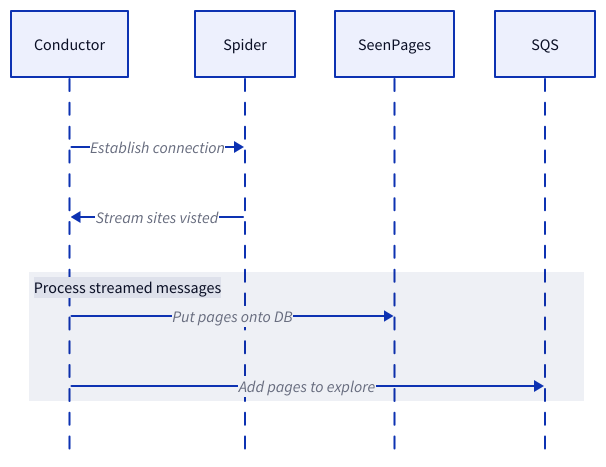
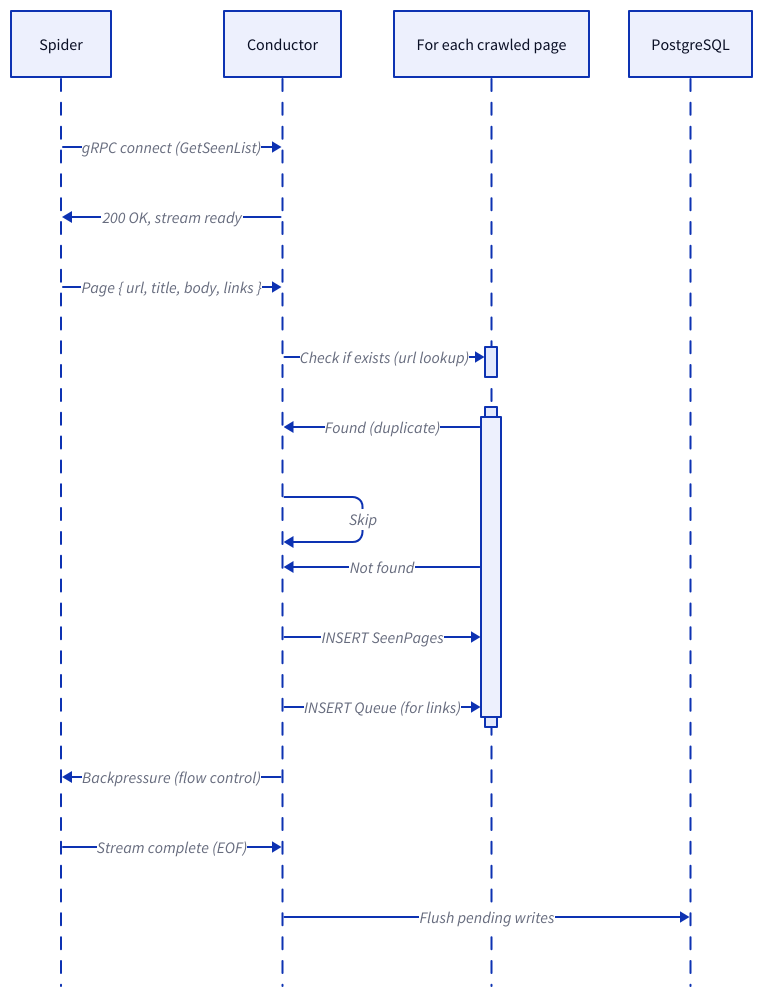
Before and after one commit to Acollie/Search-engine: the diagram in assets/diagrams/streaming.d2, drawn with D2. The commit also changed 17 other files, not shown here.

First line of the commit message:
chore: portfolio cleanup and diagram modernization (#22)

```diff
--- a/assets/diagrams/streaming.d2
+++ b/assets/diagrams/streaming.d2
@@ -1,10 +1,25 @@
 shape: sequence_diagram
-Conductor -> Spider: "Establish connection"
-Spider -> Conductor: "Stream sites visted"
-SeenPages
-SQS
-processMessages: {
-  label: "Process streamed messages"
-  Conductor -> SeenPages: "Put pages onto DB"
-  Conductor -> SQS: "Add pages to explore"
+
+Spider -> Conductor: "gRPC connect (GetSeenList)"
+Conductor -> Spider: "200 OK, stream ready"
+
+loop: {
+  label: "For each crawled page"
+  Spider -> Conductor: "Page { url, title, body, links }"
+  Conductor -> PostgreSQL: "Check if exists (url lookup)"
+  alt: {
+    label: "Page already exists"
+    PostgreSQL -> Conductor: "Found (duplicate)"
+    Conductor -> Conductor: "Skip"
+  }
+  alt: {
+    label: "New page"
+    PostgreSQL -> Conductor: "Not found"
+    Conductor -> PostgreSQL: "INSERT SeenPages"
+    Conductor -> PostgreSQL: "INSERT Queue (for links)"
+  }
+  Conductor -> Spider: "Backpressure (flow control)"
 }
+
+Spider -> Conductor: "Stream complete (EOF)"
+Conductor -> PostgreSQL: "Flush pending writes"
```
